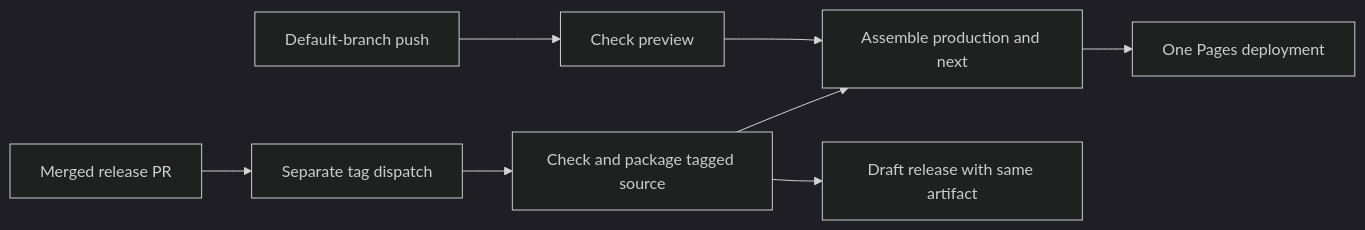
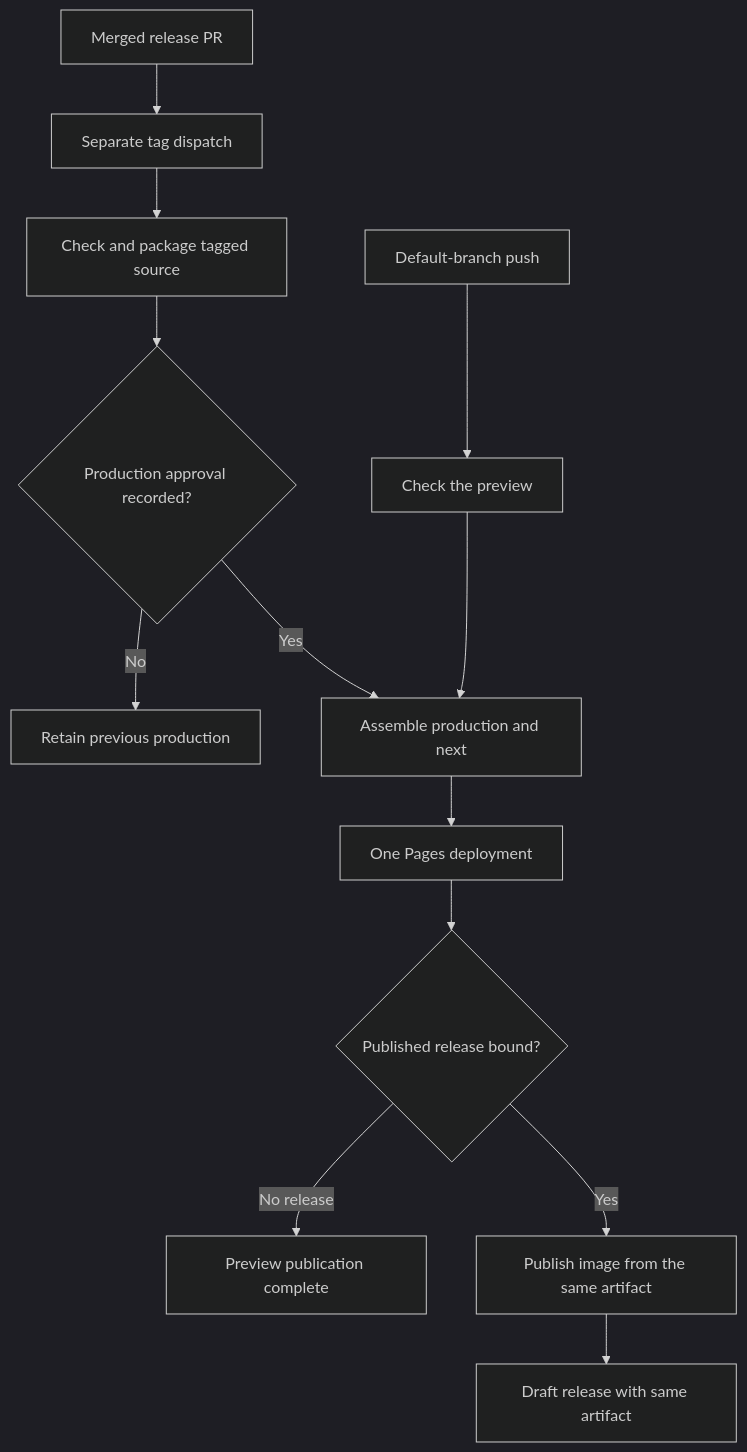
Before and after one commit to dsw-nrp/eosc-fair-guide: the third of 3 diagrams in docs/design.md, drawn with Mermaid (dark theme). The commit also changed other lines of this file and 300 other files, not shown here.

````diff
--- a/docs/design.md
+++ b/docs/design.md
@@ -654,10 +664,15 @@
 ```mermaid
-flowchart LR
+flowchart TD
   accTitle: Production and preview delivery
-  accDescr: Default-branch work builds a preview. A separate release tag checks and packages production once. Assembly combines checked production and the preview into one Pages deployment, and the draft release reuses production bytes.
-  M[Default-branch push] --> N[Check preview]
+  accDescr: Default-branch work checks a preview. A separately authorized release tag checks and packages production; new production bytes wait for human approval. Assembly combines the newest approved release with the checked preview of the current default-branch head. Successful Pages publication precedes image publication, which precedes the draft release. Refusal retains the previous production; repairs and retries reuse the reviewed release procedure.
+  M[Default-branch push] --> N[Check the preview]
   R[Merged release PR] --> T[Separate tag dispatch] --> P[Check and package tagged source]
-  P --> A[Assemble production and next]
+  P --> H{Production approval recorded?}
+  H -->|No| K[Retain previous production]
+  H -->|Yes| A[Assemble production and next]
   N --> A --> D[One Pages deployment]
-  P --> F[Draft release with same artifact]
+  D --> B{Published release bound?}
+  B -->|No release| E[Preview publication complete]
+  B -->|Yes| I[Publish image from the same artifact]
+  I --> F[Draft release with same artifact]
 ```
````
